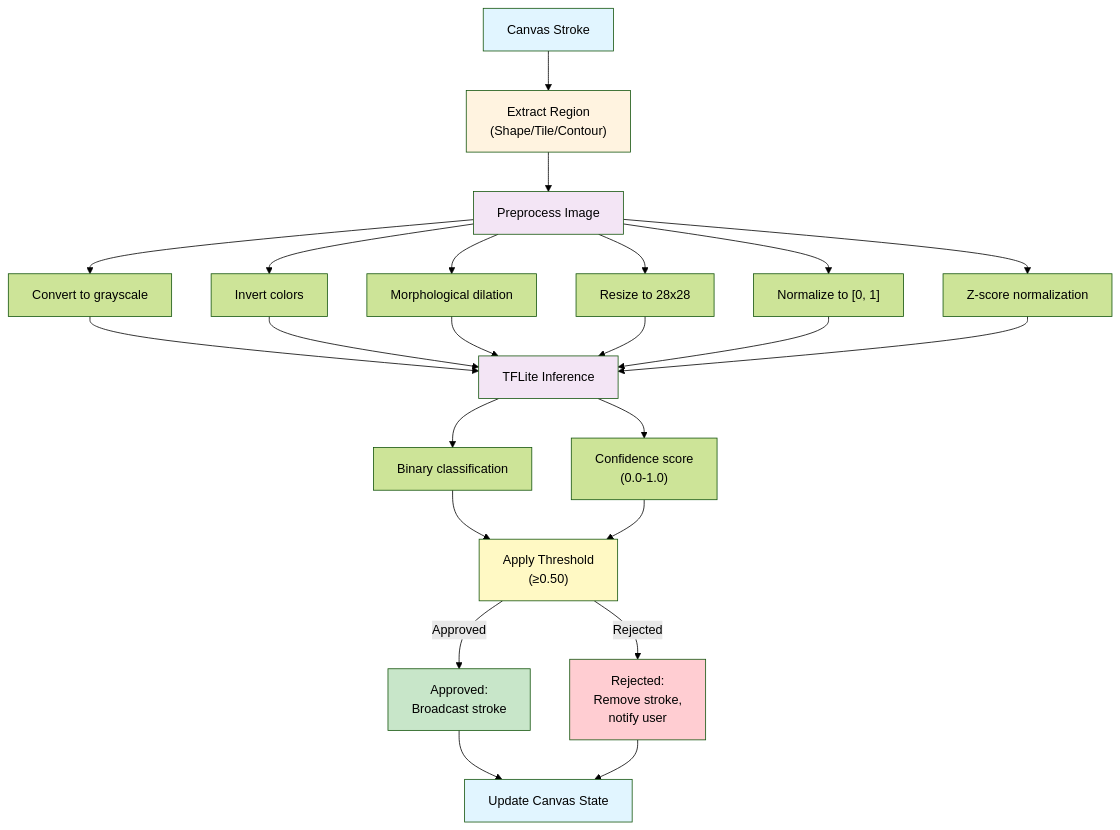
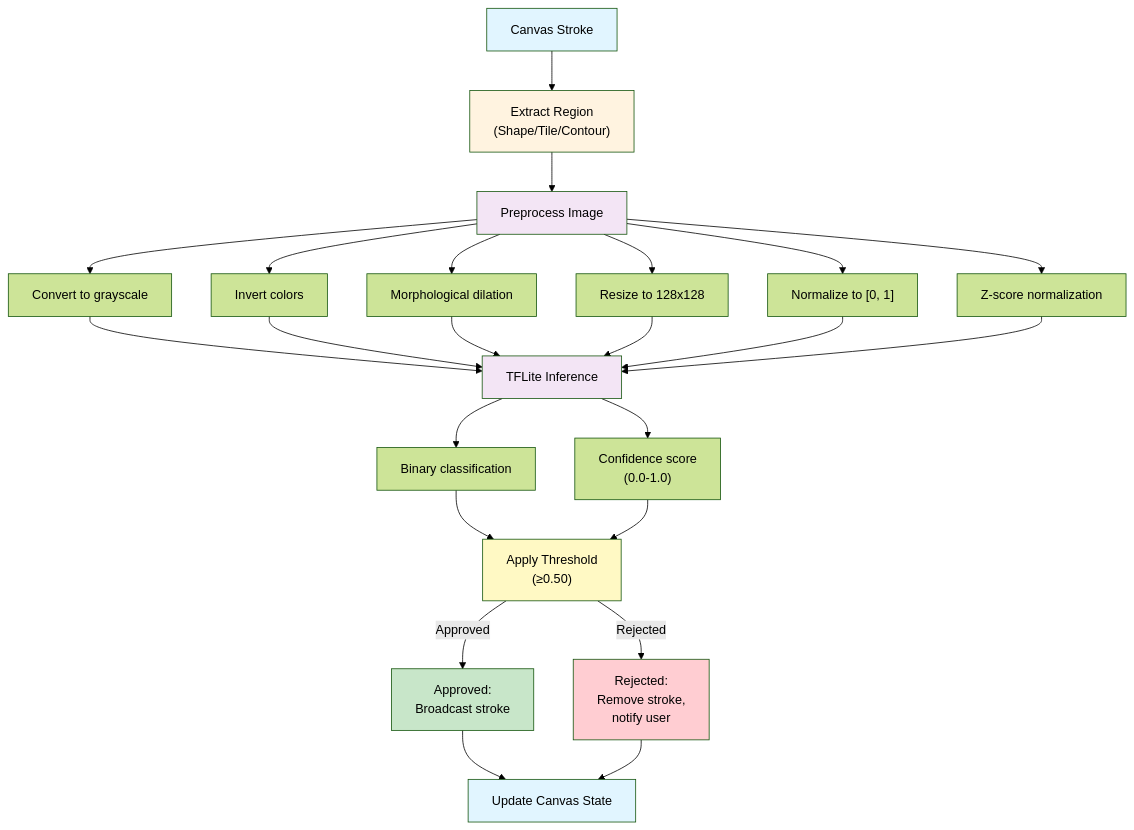
The sixth of 6 diagrams in .documentation/architecture.md (mc-ondros/DoodleParty), drawn with Mermaid (forest theme) before and after one commit. The commit also changed other lines of this file, not shown here.

````diff
--- a/.documentation/architecture.md
+++ b/.documentation/architecture.md
@@ -391,51 +391,51 @@
 ```mermaid
 graph TD
     A["Canvas Stroke"]
     B["Extract Region<br/>(Shape/Tile/Contour)"]
     C["Preprocess Image"]
     C1["Convert to grayscale"]
     C2["Invert colors"]
     C3["Morphological dilation"]
-    C4["Resize to 28x28"]
+    C4["Resize to 128x128"]
     C5["Normalize to [0, 1]"]
     C6["Z-score normalization"]
     D["TFLite Inference"]
     D1["Binary classification"]
     D2["Confidence score<br/>(0.0-1.0)"]
     E["Apply Threshold<br/>(≥0.50)"]
     F["Approved:<br/>Broadcast stroke"]
     G["Rejected:<br/>Remove stroke,<br/>notify user"]
     H["Update Canvas State"]
     
     A --> B
     B --> C
     C --> C1
     C --> C2
     C --> C3
     C --> C4
     C --> C5
     C --> C6
     C1 --> D
     C2 --> D
     C3 --> D
     C4 --> D
     C5 --> D
     C6 --> D
     D --> D1
     D --> D2
     D1 --> E
     D2 --> E
     E -->|Approved| F
     E -->|Rejected| G
     F --> H
     G --> H
     
     style A fill:#e1f5ff
     style B fill:#fff3e0
     style C fill:#f3e5f5
     style D fill:#f3e5f5
     style E fill:#fff9c4
     style F fill:#c8e6c9
     style G fill:#ffcdd2
     style H fill:#e1f5ff
 ```
````
